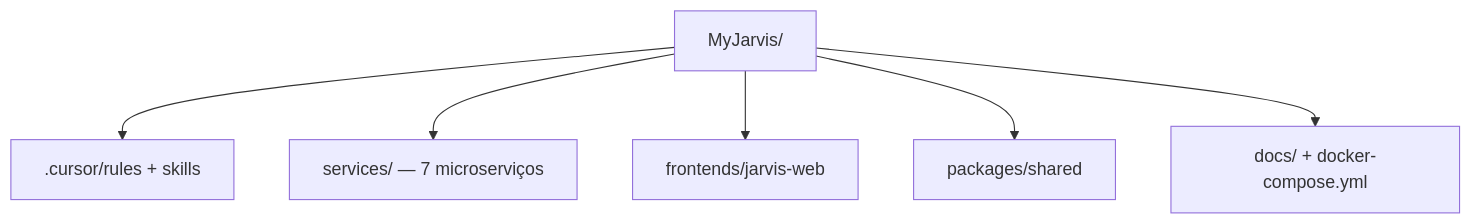
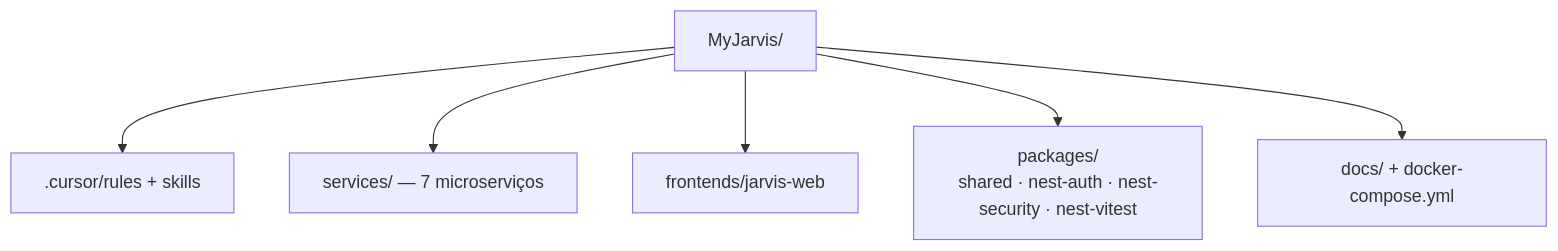
Before and after one commit to FranciscoStanley/MyJarvis: the second of 2 diagrams in .cursor/skills/project-architecture/SKILL.md, drawn with Mermaid. The commit also changed other lines of this file and 8 other files, not shown here.

````diff
--- a/.cursor/skills/project-architecture/SKILL.md
+++ b/.cursor/skills/project-architecture/SKILL.md
@@ -35,9 +36,9 @@
 ```mermaid
 flowchart TB
     ROOT[MyJarvis/]
     ROOT --> CURSOR[".cursor/rules + skills"]
     ROOT --> SERVICES["services/ — 7 microserviços"]
     ROOT --> FRONTENDS["frontends/jarvis-web"]
-    ROOT --> PACKAGES["packages/shared"]
+    ROOT --> PACKAGES["packages/<br/>shared · nest-auth · nest-security · nest-vitest"]
     ROOT --> DOCS["docs/ + docker-compose.yml"]
 ```
````
